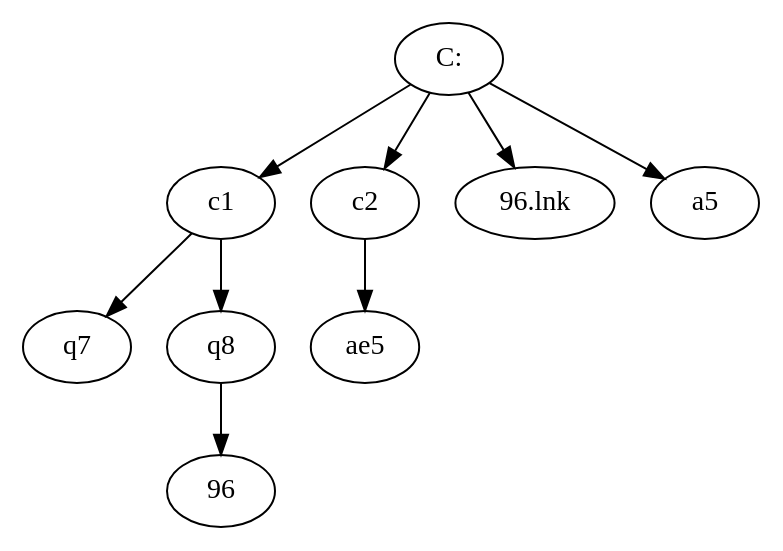
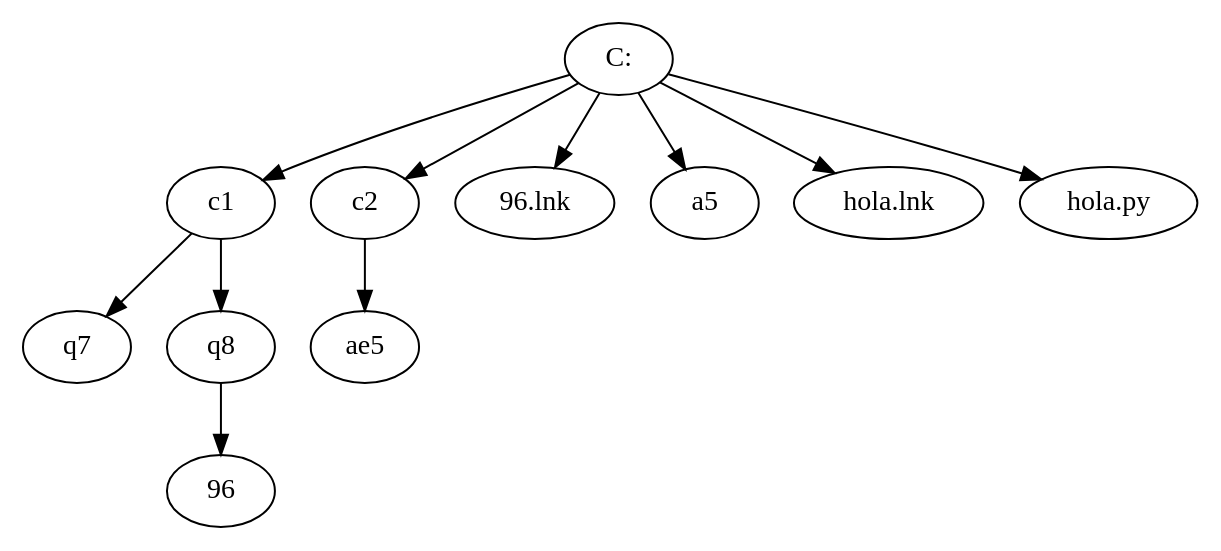
The diagram in Unidad II/III PAC/AED-0700-ProyectoNo2/Python/Memory/test.dot (BryanBlacks/Algoritmos-y-Estructuras-de-Datos), drawn with Graphviz before and after one commit. The commit also changed 2 other files, not shown here.

```diff
--- a/Unidad II/III PAC/AED-0700-ProyectoNo2/Python/Memory/test.dot
+++ b/Unidad II/III PAC/AED-0700-ProyectoNo2/Python/Memory/test.dot
@@ -1,10 +1,12 @@
 strict digraph "" {
 	"C:" -> c1;
 	"C:" -> c2;
 	"C:" -> "96.lnk";
 	"C:" -> a5;
+	"C:" -> "hola.lnk";
+	"C:" -> "hola.py";
 	c1 -> q7;
 	c1 -> q8;
 	q8 -> 96;
 	c2 -> ae5;
 }
```
